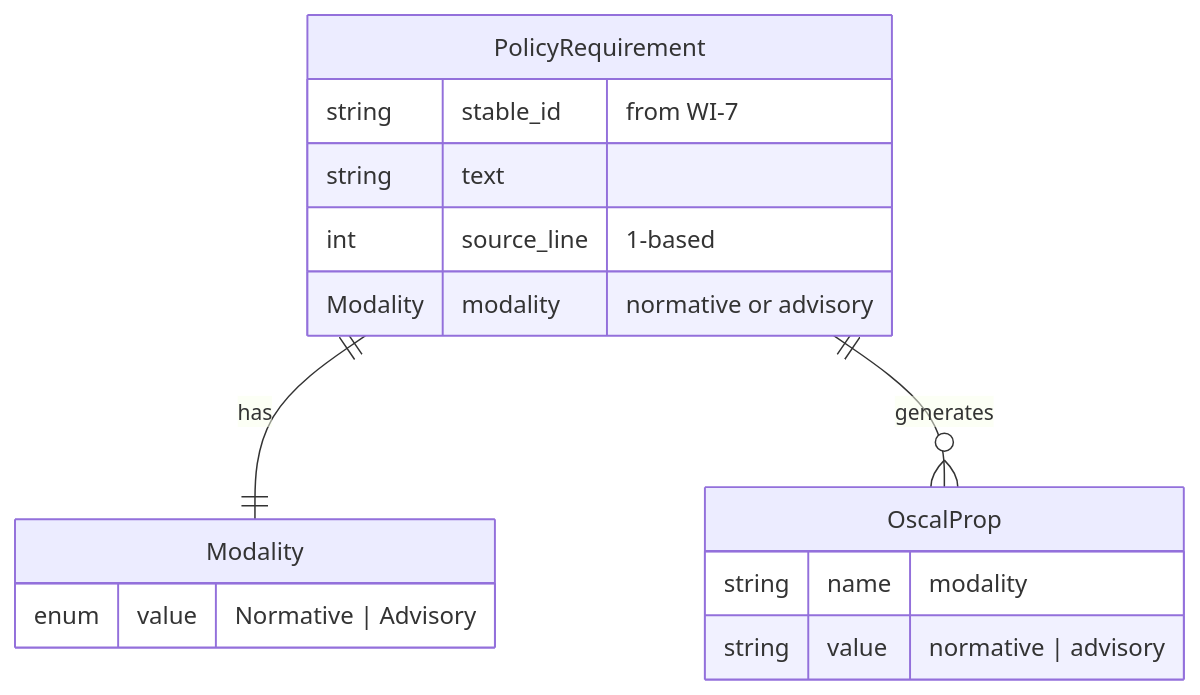
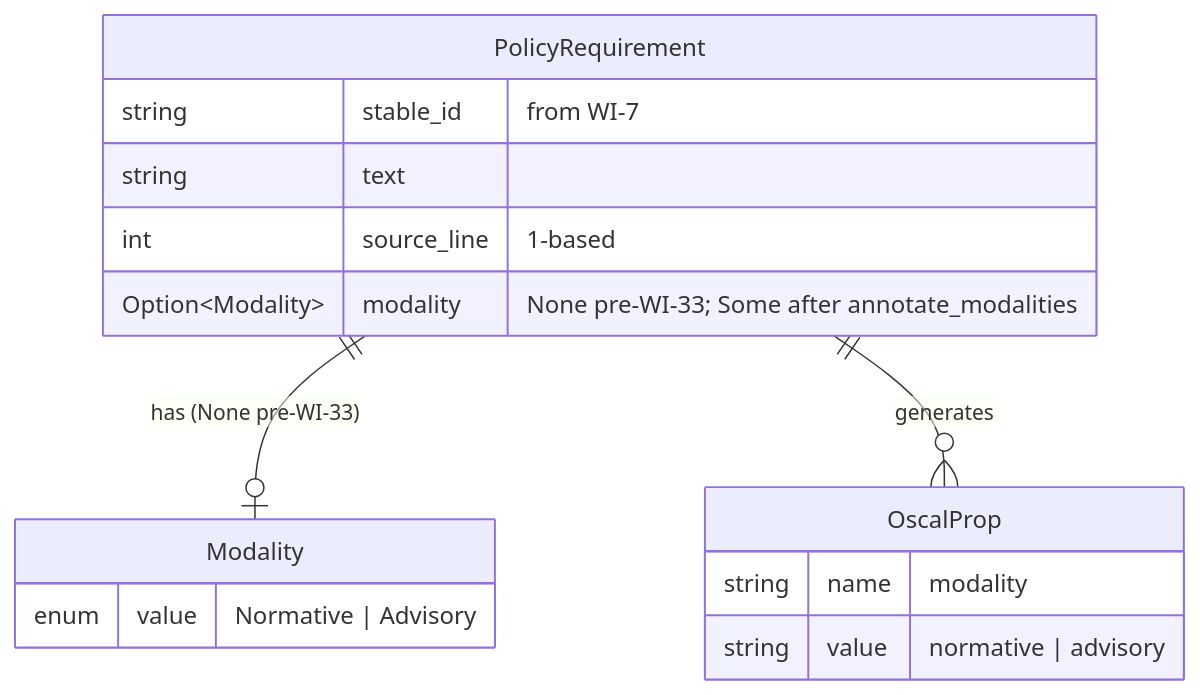
One commit to policy-forge/forge changed the second of 3 diagrams in docs/PRD/033-prd-normative-advisory-detection.md. Above: the diagram before and after it, drawn with Mermaid. The commit also changed other lines of this file and 35 other files, not shown here.

````diff
--- a/docs/PRD/033-prd-normative-advisory-detection.md
+++ b/docs/PRD/033-prd-normative-advisory-detection.md
@@ -233,19 +233,19 @@
 ```mermaid
 erDiagram
-    PolicyRequirement ||--|| Modality : has
+    PolicyRequirement ||--o| Modality : "has (None pre-WI-33)"
     PolicyRequirement ||--o{ OscalProp : "generates"
 
     PolicyRequirement {
         string stable_id "from WI-7"
         string text
         int source_line "1-based"
-        Modality modality "normative or advisory"
+        Option~Modality~ modality "None pre-WI-33; Some after annotate_modalities"
     }
     Modality {
         enum value "Normative | Advisory"
     }
     OscalProp {
         string name "modality"
         string value "normative | advisory"
     }
 ```
````
